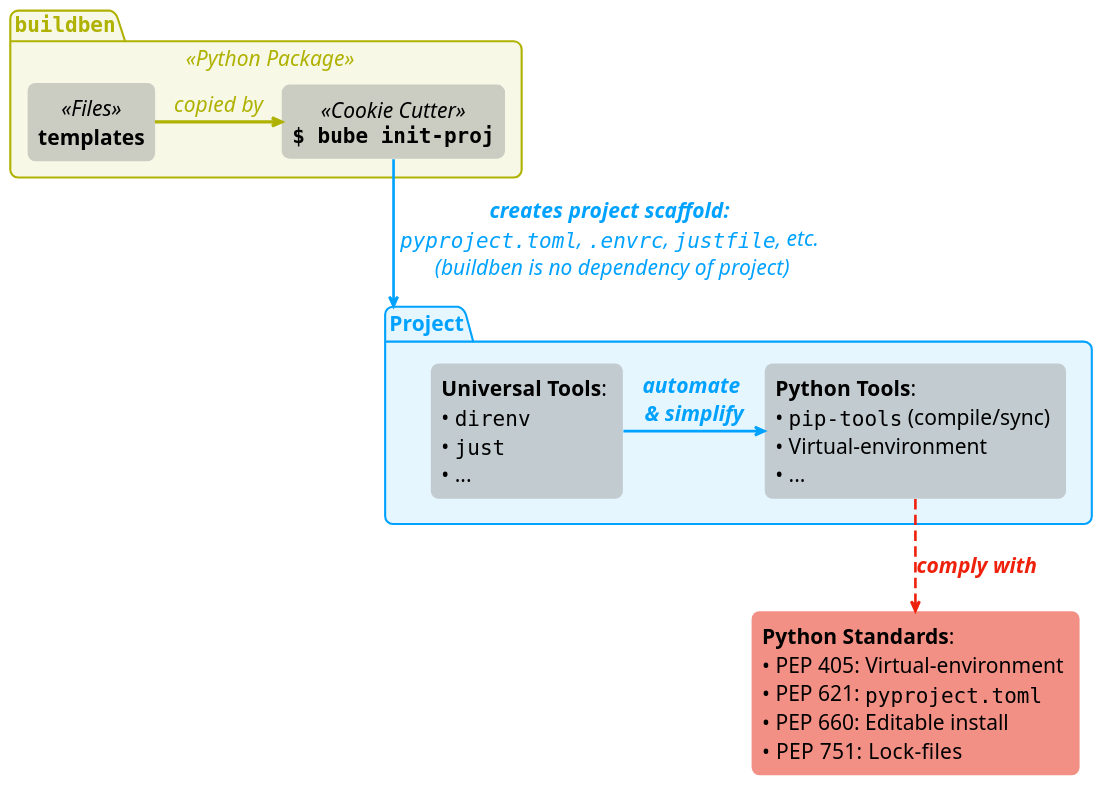
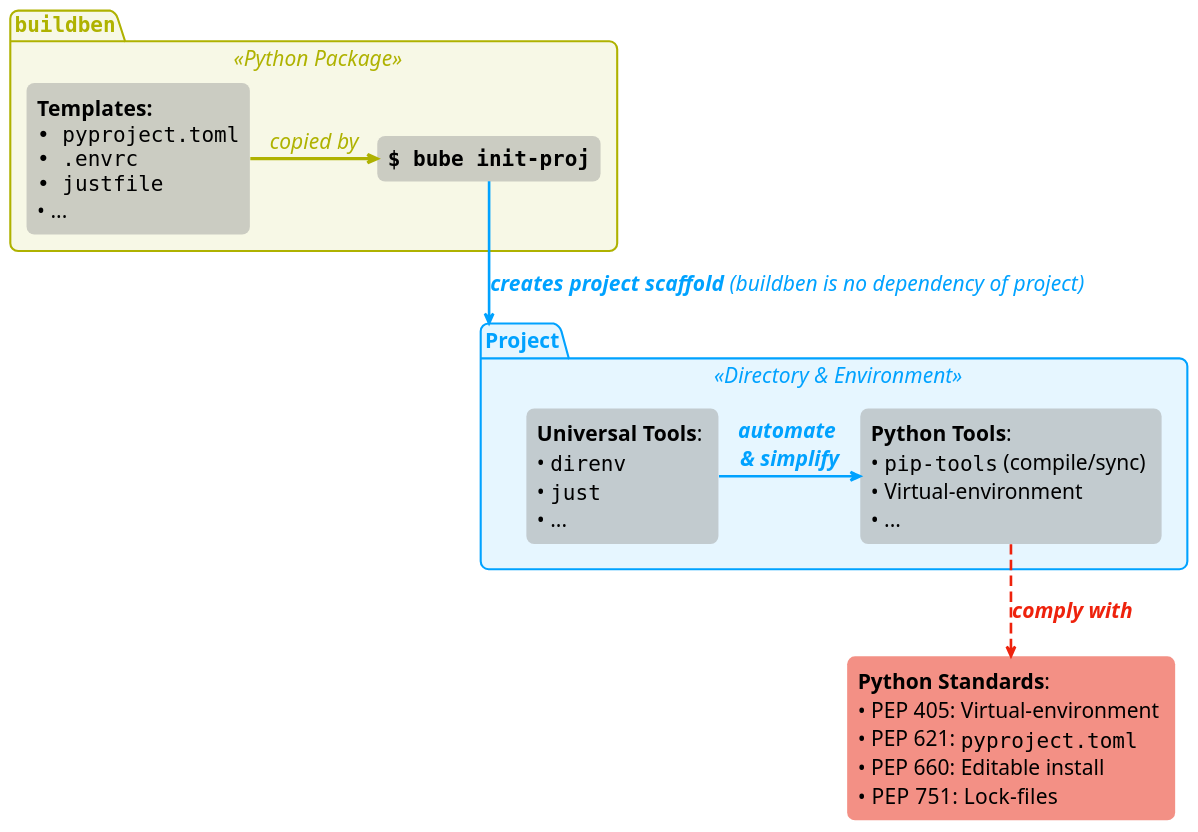
The diagram in assets/figures/graphical-abstract_init-proj.puml (HisQu/buildben), drawn with PlantUML before and after one commit. The commit also changed 3 other files, not shown here.

Commit message:
update graphical abstract

```diff
--- a/assets/figures/graphical-abstract_init-proj.puml
+++ b/assets/figures/graphical-abstract_init-proj.puml
@@ -1,104 +1,103 @@
 @startuml
 ' === Global look & feel =============
 
 
 ' === Global look & feel =============
 skinparam defaultFontSize 20
 ' skinparam BackgroundColor #00000010
 skinparam BackgroundColor transparent
 allow_mixing 
 
 ' ======================================
 skinparam package {
     RoundCorner 15
     BorderThickness 2
     BackgroundColor #00A2FF19
     BorderColor #00A2FF
     FontColor   #00A2FF
 }
 skinparam package<<Global Environment>><<Python Package>> {
     BackgroundColor #afb20019
     BorderColor #afb200ff
     FontColor   #afb200ff
 }
 
 ' =======================================
 
 skinparam rectangle {
   Shadowing false
   BorderColor none
   BackgroundColor #99999977
   RoundCorner 15
 }
 
 skinparam class {
     BackgroundColor #99999977
     BorderColor     #444444
     BorderThickness 1
     FontStyle bold
     RoundCorner 15
 }
 
 
 <style>
 arrow {
     LineThickness 3
 }
 </style>
 
 
 
 package """buildben""" as BB <<Python Package>> {
   ' rectangle "**""init-database""**" as BBdb <<Module>>
   ' rectangle "**""add-experiment""**" as BBexp <<Module>>
   ' rectangle "**""env-snapshot""**" as BBenvsnap <<Module>>
-  rectangle "**templates**" as TEMP <<Files>>
-  
-  rectangle "**""$ bube init-proj""**" as BBinitcli <<Cookie Cutter>>
+  rectangle "**Templates:**\n""• pyproject.toml""\n""• .envrc""\n""• justfile""\n• ..." as TEMP
+  rectangle "**""$ bube init-proj""**" as BBinitcli
 
 }
 <style>
 arrow {
     FontStyle italic
     LineColor #afb200ff
     FontColor   #afb200ff
 }
 </style>
 
 BBinitcli <-left- TEMP : copied by
 
 
-package "Project" as P{  
+package "Project" as P <<Directory & Environment>>{  
 
   rectangle "**Python Tools**: \n• ""pip-tools"" (compile/sync) \n• Virtual-environment\n• ..." as PyTools 
   rectangle "**Universal Tools**: \n• ""direnv""\n• ""just""\n• ..." as Tools 
 }
 
 rectangle "**Python Standards**: \n• PEP 405: Virtual-environment \n• PEP 621: ""pyproject.toml""\n• PEP 660: Editable install\n•  PEP 751: Lock-files" as Standards  #f27f72dc
 
 
 <style>
 arrow {
     LineColor #00A2FF
     LineThickness 2.5
     FontColor #00A2FF
     FontStyle italic
 }
 </style>
 
-BBinitcli -down-> P : **creates project scaffold:**\n ""pyproject.toml"", "".envrc"", ""justfile"", etc. \n (buildben is no dependency of project)
+BBinitcli -down-> P : **creates project scaffold** (buildben is no dependency of project)
 
 Tools -right-> PyTools : **automate** \n**& simplify**
 
 <style>
 arrow {
     LineStyle 10-5
     LineColor #EE220C
     FontColor #EE220C
 
 }
 </style>
 PyTools -down-> Standards : **comply with**
 
 
 @enduml
```
